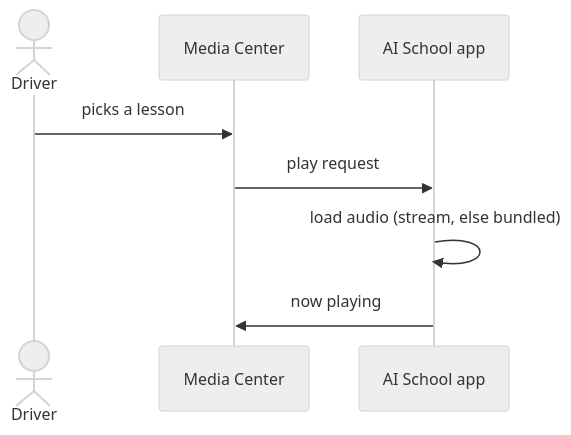
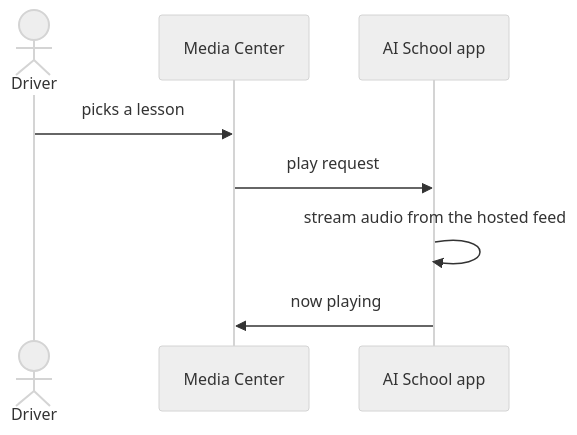
One commit to toshanthi-stack/ai-school-android changed the second of 3 diagrams in docs/ARCHITECTURE.md. Above: the diagram before and after it, drawn with Mermaid (neutral theme). The commit also changed other lines of this file and 2 other files, not shown here.

First line of the commit message:
docs: update design docs for hosted/streaming model + 8 tracks

````diff
--- a/docs/ARCHITECTURE.md
+++ b/docs/ARCHITECTURE.md
@@ -117,11 +120,11 @@
 ```mermaid
 sequenceDiagram
     actor Driver
     participant IVI as Media Center
     participant App as AI School app
 
     Driver->>IVI: picks a lesson
     IVI->>App: play request
-    App->>App: load audio (stream, else bundled)
+    App->>App: stream audio from the hosted feed
     App->>IVI: now playing
 ```
````
